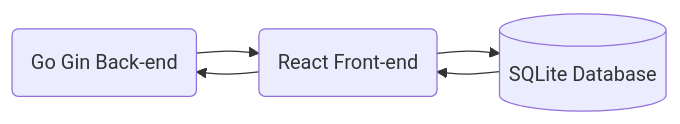
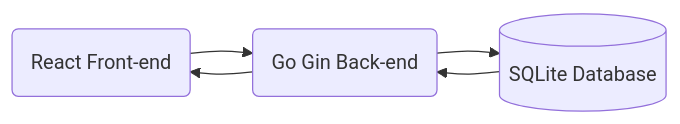
The diagram in README.md (tthoommas/FrenchConnections), drawn with Mermaid before and after one commit. The commit also changed other lines of this file, not shown here.

Commit message:
Fix mermaid chart

````diff
--- a/README.md
+++ b/README.md
@@ -7,12 +7,12 @@
 ```mermaid
 flowchart LR
+    ReactFront(React Front-end)
     goGin(Go Gin Back-end)
-    ReactFront(React Front-end)
     db[(SQLite Database)]
 
     ReactFront-->goGin
     goGin-->ReactFront
 
-    ReactFront-->db
-    db-->ReactFront
+    goGin-->db
+    db-->goGin
 ```
````
